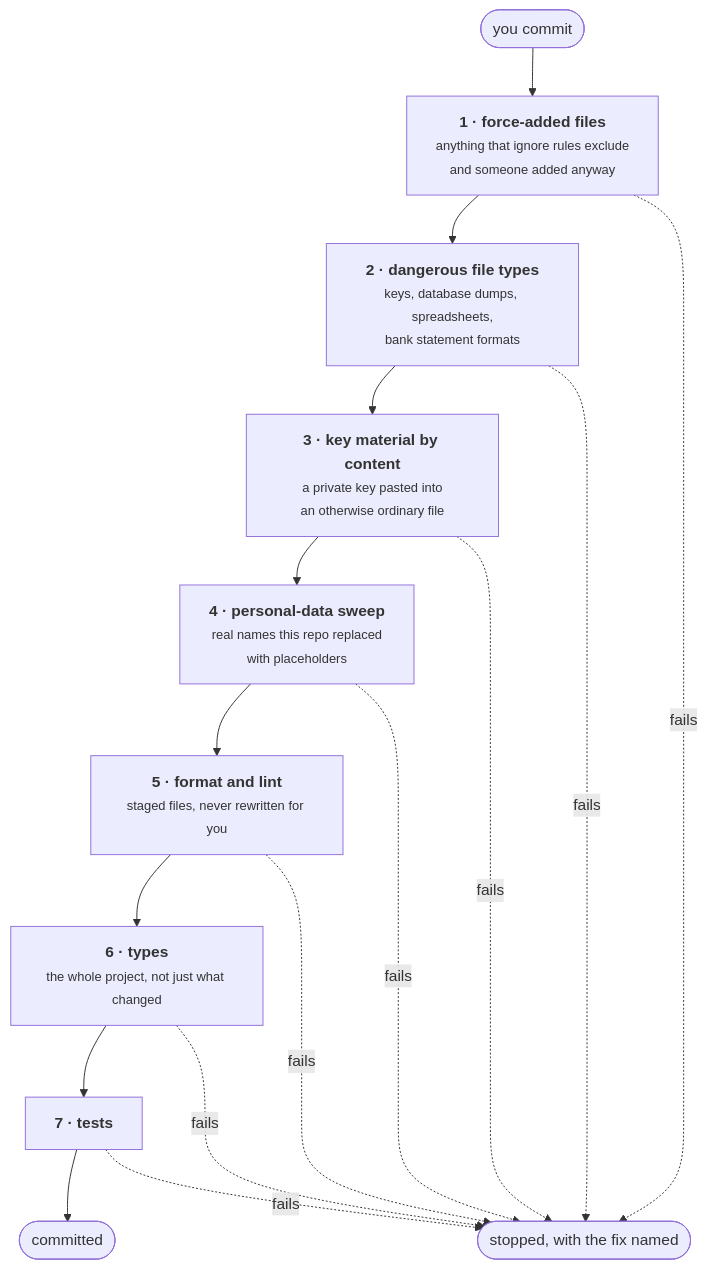
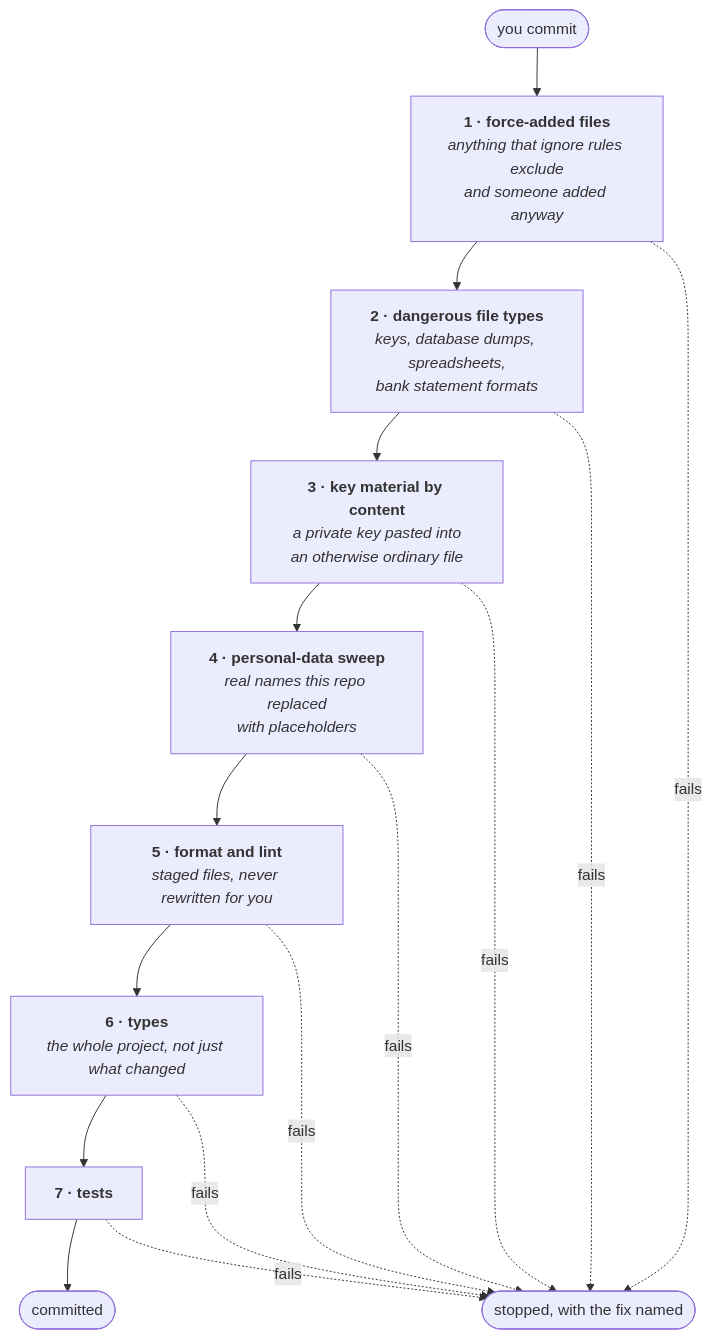
The first of 2 diagrams in docs/wiki/Working-on-Waltning.md (VoltLightning/waltning), drawn with Mermaid before and after one commit. The commit also changed other lines of this file and 15 other files, not shown here.

````diff
--- a/docs/wiki/Working-on-Waltning.md
+++ b/docs/wiki/Working-on-Waltning.md
@@ -23,19 +23,19 @@
 ```mermaid
 graph TB
-    S(["you commit"]) --> A["<b>1 · force-added files</b><br/><small>anything that ignore rules exclude<br/>and someone added anyway</small>"]
-    A --> B["<b>2 · dangerous file types</b><br/><small>keys, database dumps, spreadsheets,<br/>bank statement formats</small>"]
-    B --> C["<b>3 · key material by content</b><br/><small>a private key pasted into<br/>an otherwise ordinary file</small>"]
-    C --> D["<b>4 · personal-data sweep</b><br/><small>real names this repo replaced<br/>with placeholders</small>"]
-    D --> E["<b>5 · format and lint</b><br/><small>staged files, never rewritten for you</small>"]
-    E --> F["<b>6 · types</b><br/><small>the whole project, not just what changed</small>"]
+    S(["you commit"]) --> A["<b>1 · force-added files</b><br/><i>anything that ignore rules exclude<br/>and someone added anyway</i>"]
+    A --> B["<b>2 · dangerous file types</b><br/><i>keys, database dumps, spreadsheets,<br/>bank statement formats</i>"]
+    B --> C["<b>3 · key material by content</b><br/><i>a private key pasted into<br/>an otherwise ordinary file</i>"]
+    C --> D["<b>4 · personal-data sweep</b><br/><i>real names this repo replaced<br/>with placeholders</i>"]
+    D --> E["<b>5 · format and lint</b><br/><i>staged files, never rewritten for you</i>"]
+    E --> F["<b>6 · types</b><br/><i>the whole project, not just what changed</i>"]
     F --> G["<b>7 · tests</b>"]
     G --> OK(["committed"])
 
     A -.->|fails| STOP(["stopped, with the fix named"])
     B -.->|fails| STOP
     C -.->|fails| STOP
     D -.->|fails| STOP
     E -.->|fails| STOP
     F -.->|fails| STOP
     G -.->|fails| STOP
 ```
````
